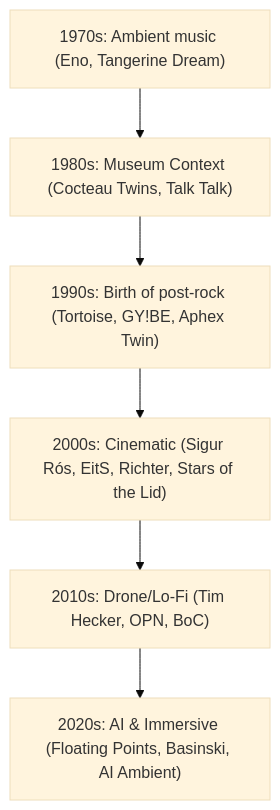
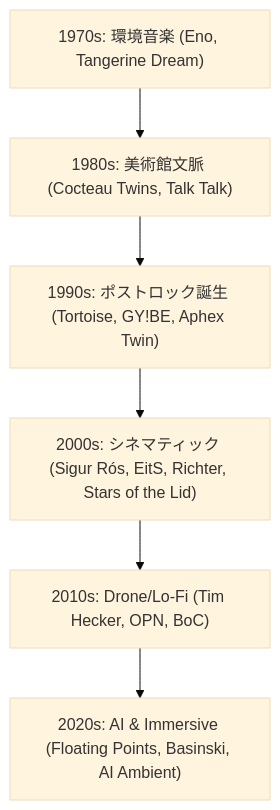
One commit to monumental-movement/monumental-movement.github.io changed the diagram in en/_posts/2025-09-19-Column-Post-Rock-Ambient-History.md. Above: the diagram before and after it, drawn with Mermaid (base theme). The commit also changed other lines of this file and 1724 other files, not shown here.

```diff
--- a/en/_posts/2025-09-19-Column-Post-Rock-Ambient-History.md
+++ b/en/_posts/2025-09-19-Column-Post-Rock-Ambient-History.md
@@ -161,11 +159,11 @@
 <div class="mermaid">
 flowchart TD
-A1970["1970s: Ambient music (Eno, Tangerine Dream)"]
-A1980["1980s: Museum Context (Cocteau Twins, Talk Talk)"]
-A1990["1990s: Birth of post-rock (Tortoise, GY!BE, Aphex Twin)"]
-A2000["2000s: Cinematic (Sigur Rós, EitS, Richter, Stars of the Lid)"]
-A2010["2010s: Drone/Lo-Fi (Tim Hecker, OPN, BoC)"]
-A2020["2020s: AI & Immersive (Floating Points, Basinski, AI Ambient)"]
+    A1970["1970s: 環境音楽 (Eno, Tangerine Dream)"]
+    A1980["1980s: 美術館文脈 (Cocteau Twins, Talk Talk)"]
+    A1990["1990s: ポストロック誕生 (Tortoise, GY!BE, Aphex Twin)"]
+    A2000["2000s: シネマティック (Sigur Rós, EitS, Richter, Stars of the Lid)"]
+    A2010["2010s: Drone/Lo-Fi (Tim Hecker, OPN, BoC)"]
+    A2020["2020s: AI & Immersive (Floating Points, Basinski, AI Ambient)"]
 
-A1970 --> A1980 --> A1990 --> A2000 --> A2010 --> A2020
+    A1970 --> A1980 --> A1990 --> A2000 --> A2010 --> A2020
 </div>
```
